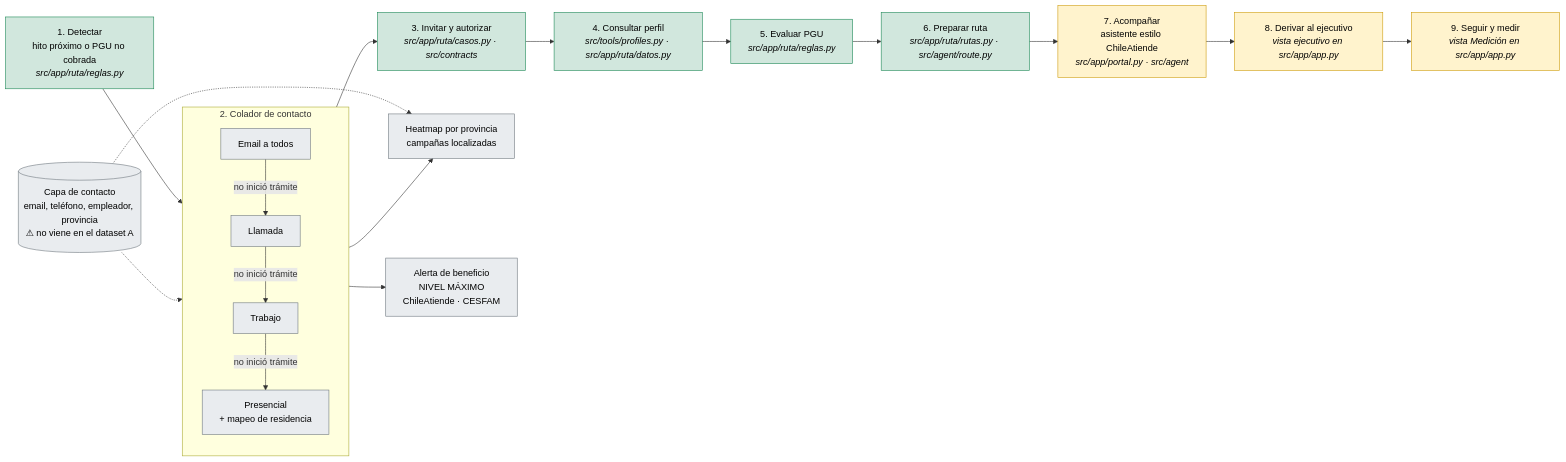
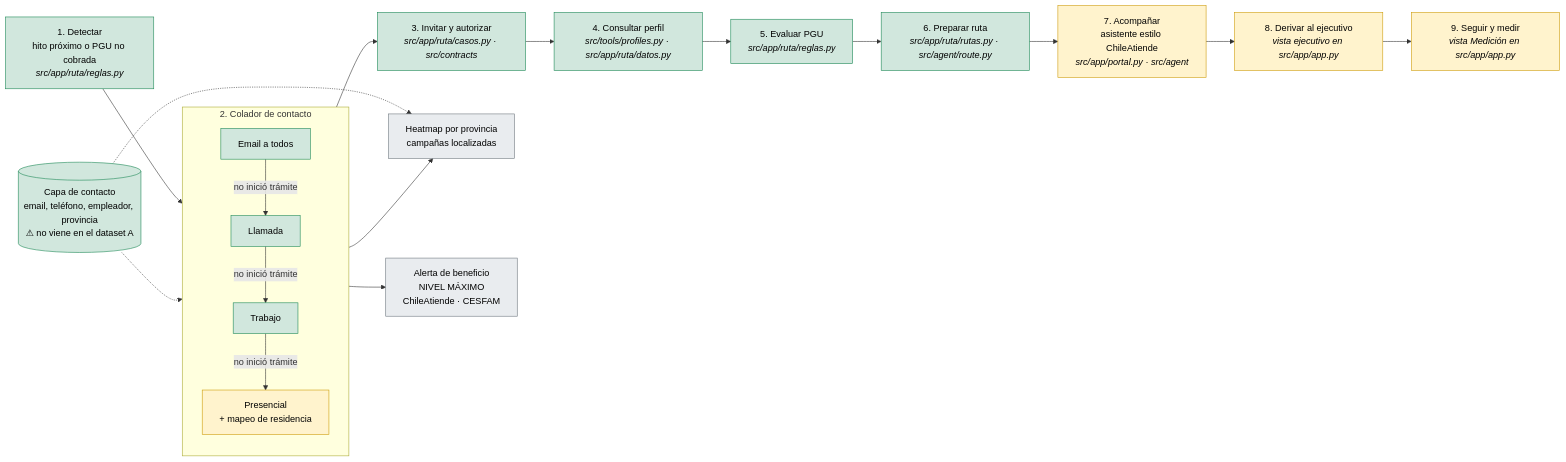
The diagram in 35-roles/_equipo.md (brunoponcem/hackaton-aws), drawn with Mermaid before and after one commit. The commit also changed other lines of this file and 6 other files, not shown here.

````diff
--- a/35-roles/_equipo.md
+++ b/35-roles/_equipo.md
@@ -34,28 +34,30 @@
 ```mermaid
 flowchart LR
   D["1. Detectar<br/>hito próximo o PGU no cobrada<br/><i>src/app/ruta/reglas.py</i>"] --> C
   subgraph C["2. Colador de contacto"]
     direction TB
     C1["Email a todos"] -- no inició trámite --> C2["Llamada"]
     C2 -- no inició trámite --> C3["Trabajo"]
     C3 -- no inició trámite --> C4["Presencial<br/>+ mapeo de residencia"]
   end
   C --> I["3. Invitar y autorizar<br/><i>src/app/ruta/casos.py · src/contracts</i>"]
   I --> Q["4. Consultar perfil<br/><i>src/tools/profiles.py · src/app/ruta/datos.py</i>"]
   Q --> V["5. Evaluar PGU<br/><i>src/app/ruta/reglas.py</i>"]
   V --> R["6. Preparar ruta<br/><i>src/app/ruta/rutas.py · src/agent/route.py</i>"]
   R --> A["7. Acompañar<br/>asistente estilo ChileAtiende<br/><i>src/app/portal.py · src/agent</i>"]
   A --> X["8. Derivar al ejecutivo<br/><i>vista ejecutivo en src/app/app.py</i>"]
   X --> S["9. Seguir y medir<br/><i>vista Medición en src/app/app.py</i>"]
   C4 --> HM["Heatmap por provincia<br/>campañas localizadas"]
   C4 --> AL["Alerta de beneficio<br/>NIVEL MÁXIMO<br/>ChileAtiende · CESFAM"]
   CX[("Capa de contacto<br/>email, teléfono, empleador, provincia<br/>⚠ no viene en el dataset A")] -.-> C
   CX -.-> HM
 
   classDef hecho fill:#d1e7dd,stroke:#198754,color:#000
   classDef parcial fill:#fff3cd,stroke:#cc9a06,color:#000
   classDef pendiente fill:#e9ecef,stroke:#6c757d,color:#000
   class D,I,Q,V,R hecho
   class A,X,S parcial
-  class C1,C2,C3,C4,HM,AL,CX pendiente
+  class C1,C2,C3,CX hecho
+  class C4 parcial
+  class HM,AL pendiente
 ```
````
